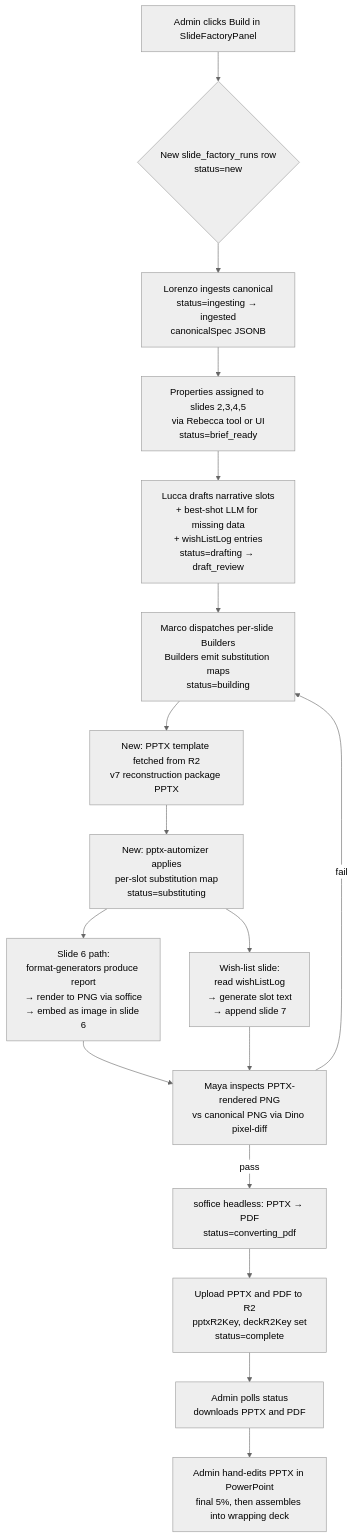
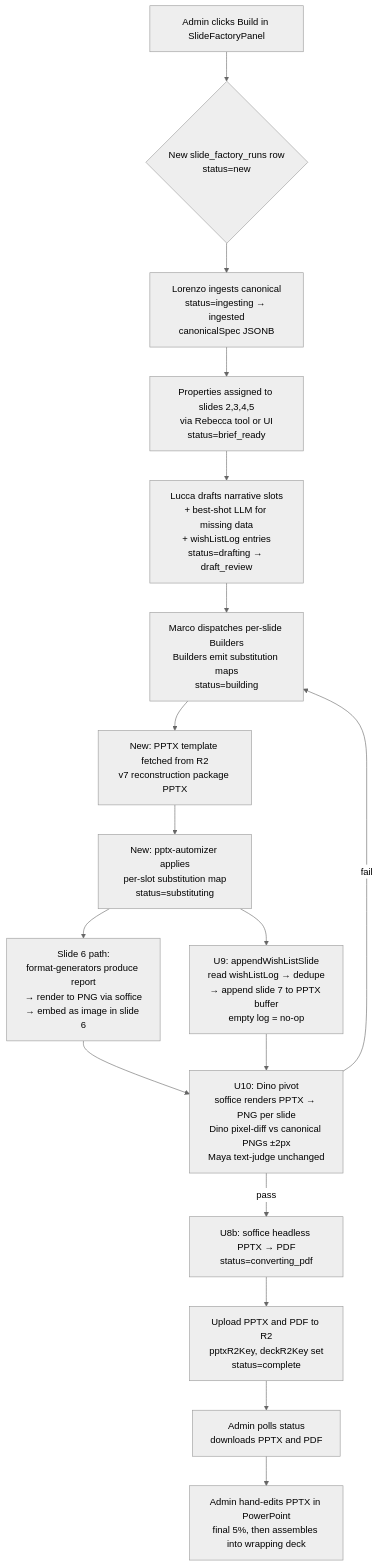
One commit to ricardocidale/H-_Analytics changed the diagram in docs/plans/2026-05-11-001-feat-factory-v2-pptx-substitution-plan.md. Above: the diagram before and after it, drawn with Mermaid (neutral theme). The commit also changed other lines of this file, not shown here.

````diff
--- a/docs/plans/2026-05-11-001-feat-factory-v2-pptx-substitution-plan.md
+++ b/docs/plans/2026-05-11-001-feat-factory-v2-pptx-substitution-plan.md
@@ -157,19 +157,19 @@
 ```mermaid
 flowchart TD
   A[Admin clicks Build in SlideFactoryPanel] --> B{New slide_factory_runs row<br/>status=new}
   B --> C[Lorenzo ingests canonical<br/>status=ingesting → ingested<br/>canonicalSpec JSONB]
   C --> D[Properties assigned to slides 2,3,4,5<br/>via Rebecca tool or UI<br/>status=brief_ready]
   D --> E[Lucca drafts narrative slots<br/>+ best-shot LLM for missing data<br/>+ wishListLog entries<br/>status=drafting → draft_review]
   E --> F[Marco dispatches per-slide Builders<br/>Builders emit substitution maps<br/>status=building]
   F --> G[New: PPTX template fetched from R2<br/>v7 reconstruction package PPTX]
   G --> H[New: pptx-automizer applies<br/>per-slot substitution map<br/>status=substituting]
   H --> I[Slide 6 path:<br/>format-generators produce report<br/>→ render to PNG via soffice<br/>→ embed as image in slide 6]
-  H --> J[Wish-list slide:<br/>read wishListLog<br/>→ generate slot text<br/>→ append slide 7]
-  I --> K[Maya inspects PPTX-rendered PNG<br/>vs canonical PNG via Dino pixel-diff]
+  H --> J[U9: appendWishListSlide<br/>read wishListLog → dedupe<br/>→ append slide 7 to PPTX buffer<br/>empty log = no-op]
+  I --> K[U10: Dino pivot<br/>soffice renders PPTX → PNG per slide<br/>Dino pixel-diff vs canonical PNGs ±2px<br/>Maya text-judge unchanged]
   J --> K
-  K -->|pass| L[soffice headless: PPTX → PDF<br/>status=converting_pdf]
+  K -->|pass| L[U8b: soffice headless PPTX → PDF<br/>status=converting_pdf]
   K -->|fail| F
   L --> M[Upload PPTX and PDF to R2<br/>pptxR2Key, deckR2Key set<br/>status=complete]
   M --> N[Admin polls status<br/>downloads PPTX and PDF]
   N --> O[Admin hand-edits PPTX in PowerPoint<br/>final 5%, then assembles into wrapping deck]
 ```
````
